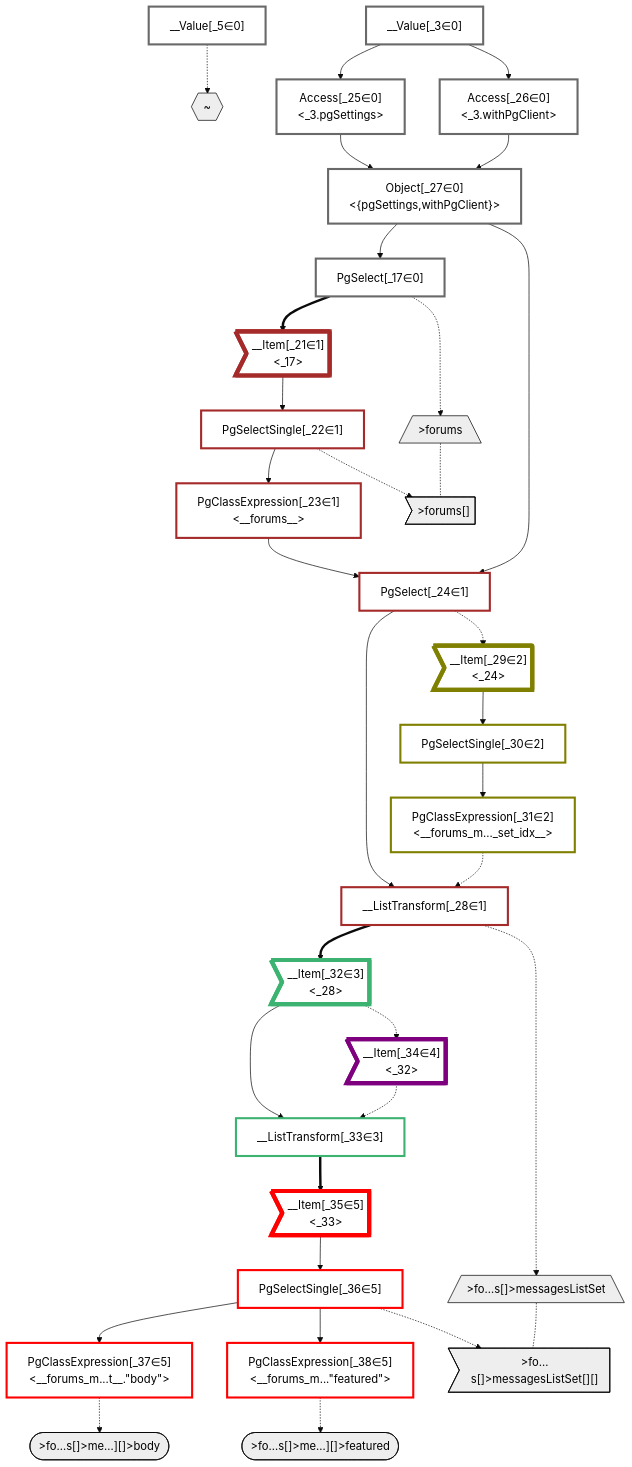
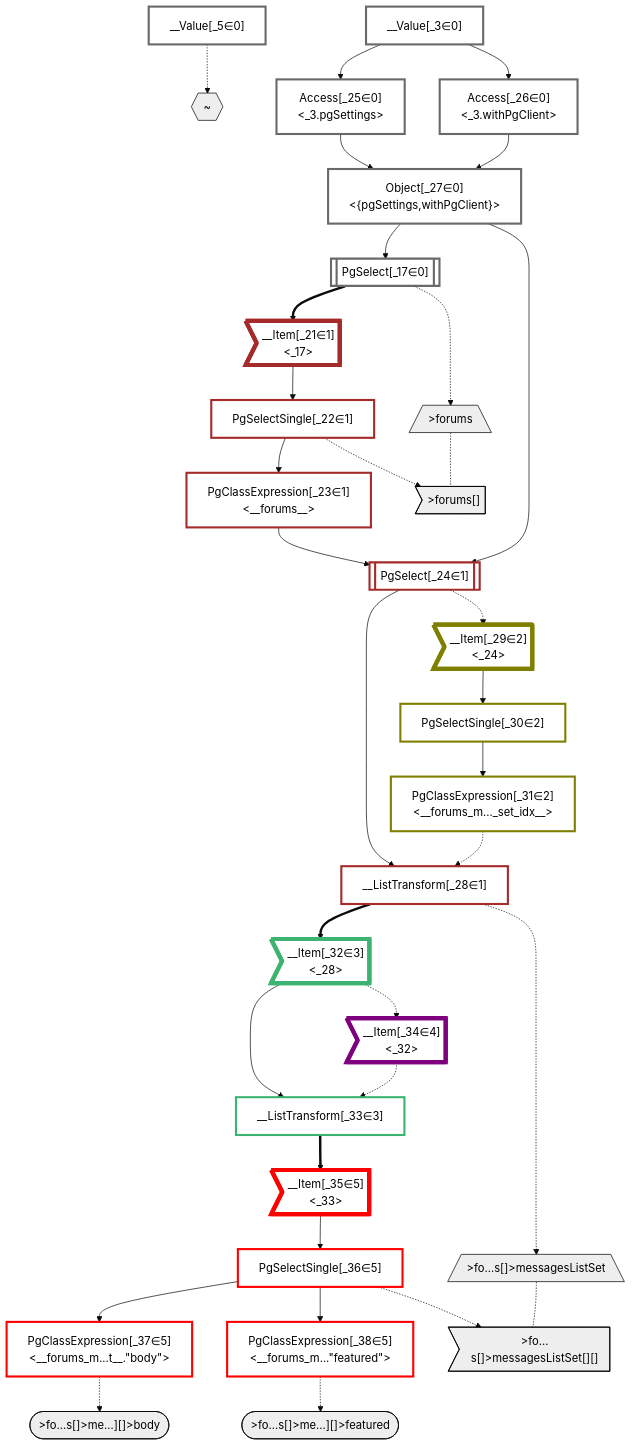
Before and after one commit to graphile/crystal: the diagram in packages/dataplan-pg/__tests__/queries/functions/computed-column-forums-messages-list-set.deopt.mermaid.md, drawn with Mermaid (base theme). The commit also changed 195 other files, not shown here.

```diff
--- a/packages/dataplan-pg/__tests__/queries/functions/computed-column-forums-messages-list-set.deopt.mermaid.md
+++ b/packages/dataplan-pg/__tests__/queries/functions/computed-column-forums-messages-list-set.deopt.mermaid.md
@@ -24,11 +24,11 @@
     %% define plans
     __Value_3["__Value[_3∈0]<br /><context>"]:::plan
     __Value_5["__Value[_5∈0]<br /><rootValue>"]:::plan
-    PgSelect_17["PgSelect[_17∈0]<br /><forums>"]:::plan
+    PgSelect_17[["PgSelect[_17∈0]<br /><forums>"]]:::plan
     __Item_21>"__Item[_21∈1]<br /><_17>"]:::itemplan
     PgSelectSingle_22["PgSelectSingle[_22∈1]<br /><forums>"]:::plan
     PgClassExpression_23["PgClassExpression[_23∈1]<br /><__forums__>"]:::plan
-    PgSelect_24["PgSelect[_24∈1]<br /><forums_messages_list_set>"]:::plan
+    PgSelect_24[["PgSelect[_24∈1]<br /><forums_messages_list_set>"]]:::plan
     Access_25["Access[_25∈0]<br /><_3.pgSettings>"]:::plan
     Access_26["Access[_26∈0]<br /><_3.withPgClient>"]:::plan
     Object_27["Object[_27∈0]<br /><{pgSettings,withPgClient}>"]:::plan
```
